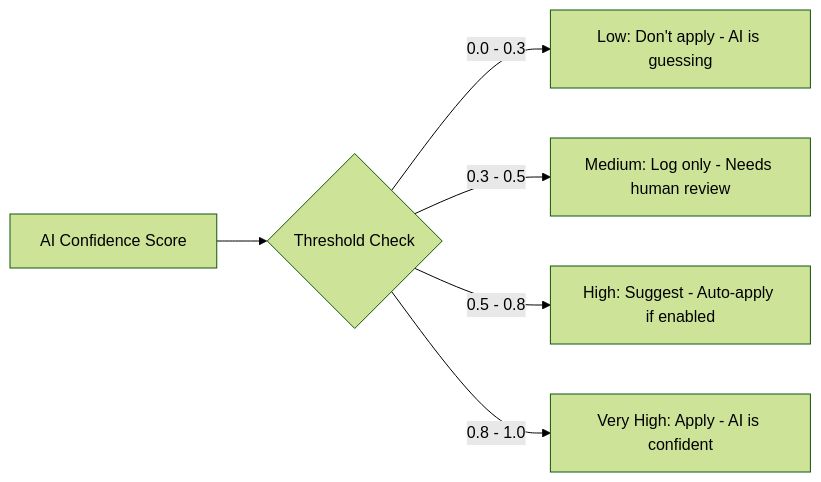
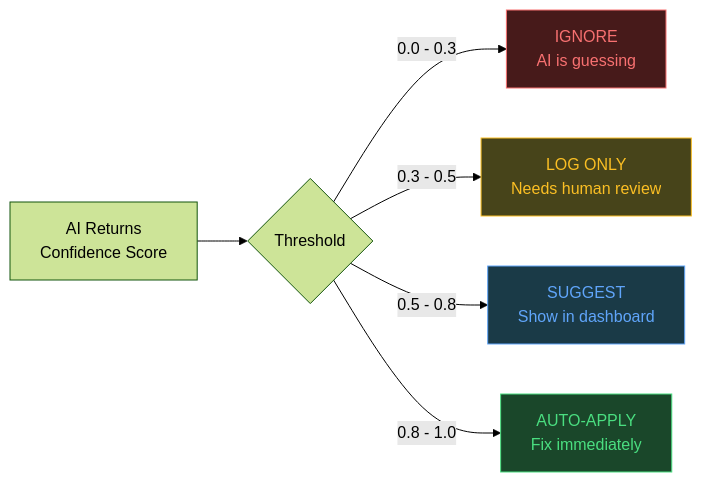
Before and after one commit to soumyachk101/Pheonix: the fourth of 7 diagrams in README.md, drawn with Mermaid (forest theme). The commit also changed other lines of this file, not shown here.

````diff
--- a/README.md
+++ b/README.md
@@ -273,8 +764,13 @@
 ```mermaid
 graph LR
-    A[AI Confidence Score] --> B{Threshold Check}
-    B -->|0.0 - 0.3| C[Low: Don't apply - AI is guessing]
-    B -->|0.3 - 0.5| D[Medium: Log only - Needs human review]
-    B -->|0.5 - 0.8| E[High: Suggest - Auto-apply if enabled]
-    B -->|0.8 - 1.0| F[Very High: Apply - AI is confident]
+    SCORE[AI Returns<br>Confidence Score] --> CHECK{Threshold}
+    CHECK -->|"0.0 - 0.3"| IGNORE[IGNORE<br>AI is guessing]
+    CHECK -->|"0.3 - 0.5"| LOG[LOG ONLY<br>Needs human review]
+    CHECK -->|"0.5 - 0.8"| SUGGEST[SUGGEST<br>Show in dashboard]
+    CHECK -->|"0.8 - 1.0"| APPLY[AUTO-APPLY<br>Fix immediately]
+
+    style IGNORE fill:#471a1a,stroke:#f87171,color:#f87171
+    style LOG fill:#47441a,stroke:#fbbf24,color:#fbbf24
+    style SUGGEST fill:#1a3a47,stroke:#60a5fa,color:#60a5fa
+    style APPLY fill:#1a472a,stroke:#4ade80,color:#4ade80
 ```
````
